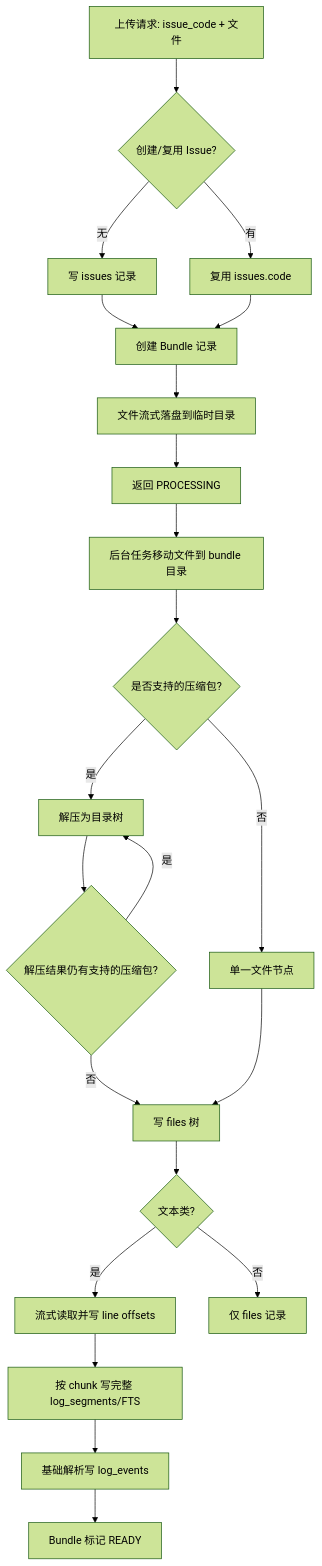
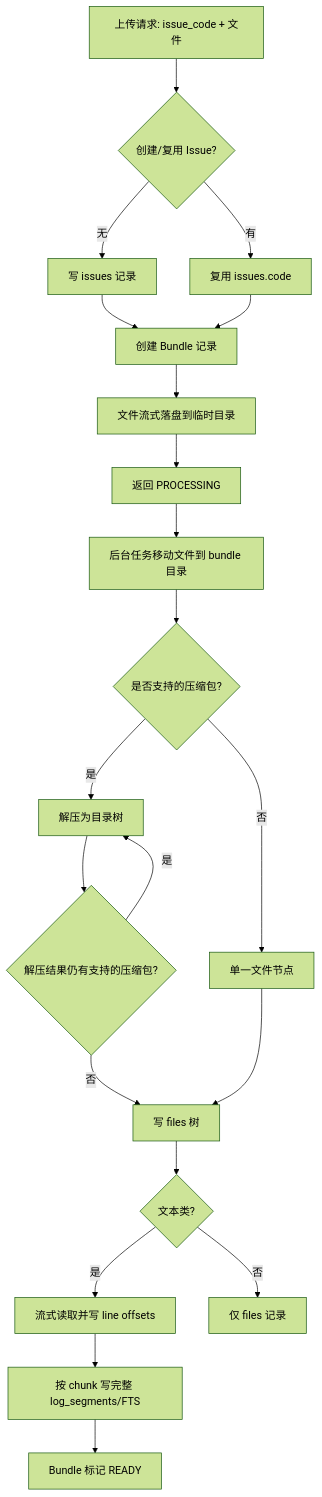
The diagram in doc/DB.md (SwartzMss/Rain), drawn with Mermaid (forest theme) before and after one commit. The commit also changed other lines of this file and 8 other files, not shown here.

````diff
--- a/doc/DB.md
+++ b/doc/DB.md
@@ -109,24 +92,23 @@
 ```mermaid
 flowchart TD
     A[上传请求: issue_code + 文件] --> B{创建/复用 Issue?}
     B -->|无| C[写 issues 记录]
     B -->|有| D[复用 issues.code]
     C --> E[创建 Bundle 记录]
     D --> E
     E --> F[文件流式落盘到临时目录]
     F --> G[返回 PROCESSING]
     G --> H[后台任务移动文件到 bundle 目录]
     H --> I{是否支持的压缩包?}
     I -->|是| J[解压为目录树]
     I -->|否| K[单一文件节点]
     J --> J1{解压结果仍有支持的压缩包?}
     J1 -->|是| J
     J1 -->|否| L[写 files 树]
     K --> L
     L --> M{文本类?}
     M -->|是| N[流式读取并写 line offsets]
     M -->|否| O[仅 files 记录]
     N --> P[按 chunk 写完整 log_segments/FTS]
-    P --> Q[基础解析写 log_events]
-    Q --> R[Bundle 标记 READY]
+    P --> R[Bundle 标记 READY]
 ```
````
